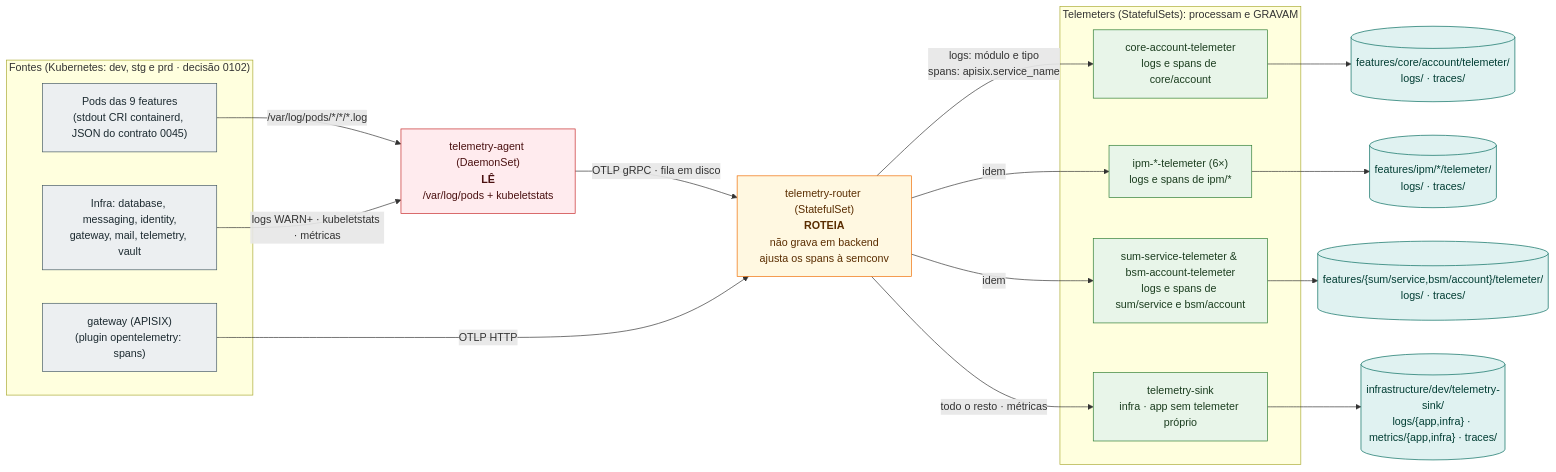
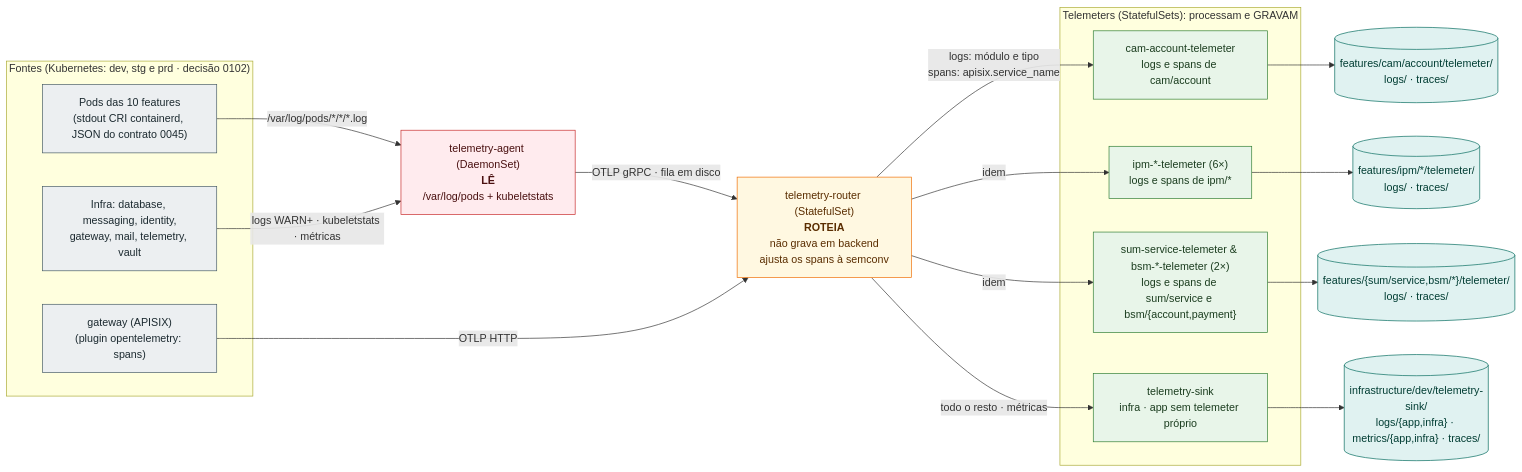
Before and after one commit to danielsabatini/smarkee: the diagram in docs/diagrams/observability-architecture.mmd, drawn with Mermaid. The commit also changed 44 other files, not shown here.

First line of the commit message:
docs: alinha documentacao ao modulo cam, 10 features e ao cluster Kubernetes

```diff
--- a/docs/diagrams/observability-architecture.mmd
+++ b/docs/diagrams/observability-architecture.mmd
@@ -1,40 +1,40 @@
 flowchart LR
     classDef src fill:#eceff1,stroke:#455a64,color:#1c2a30
     classDef read fill:#ffebee,stroke:#c62828,color:#4a1010
     classDef route fill:#fff8e1,stroke:#ef6c00,color:#5a2d00
     classDef write fill:#e8f5e9,stroke:#2e7d32,color:#1b3d1f
     classDef out fill:#e0f2f1,stroke:#00695c,color:#003d33
 
     subgraph FONTES["Fontes (Kubernetes: dev, stg e prd · decisão 0102)"]
-        APPS["Pods das 9 features<br/>(stdout CRI containerd, JSON do contrato 0045)"]:::src
+        APPS["Pods das 10 features<br/>(stdout CRI containerd, JSON do contrato 0045)"]:::src
         INFRA["Infra: database, messaging, identity,<br/>gateway, mail, telemetry, vault"]:::src
         APISIX["gateway (APISIX)<br/>(plugin opentelemetry: spans)"]:::src
     end
 
     AGENT["telemetry-agent (DaemonSet)<br/><b>LÊ</b><br/>/var/log/pods + kubeletstats"]:::read
     ROUTER["telemetry-router (StatefulSet)<br/><b>ROTEIA</b><br/>não grava em backend<br/>ajusta os spans à semconv"]:::route
 
     subgraph TELEMETERS["Telemeters (StatefulSets): processam e GRAVAM"]
-        CORE["core-account-telemeter<br/>logs e spans de core/account"]:::write
+        CAM["cam-account-telemeter<br/>logs e spans de cam/account"]:::write
         IPM["ipm-*-telemeter (6×)<br/>logs e spans de ipm/*"]:::write
-        SUM["sum-service-telemeter &amp; bsm-account-telemeter<br/>logs e spans de sum/service e bsm/account"]:::write
+        SUM["sum-service-telemeter &amp; bsm-*-telemeter (2×)<br/>logs e spans de sum/service e bsm/{account,payment}"]:::write
         SINK["telemetry-sink<br/>infra · app sem telemeter próprio"]:::write
     end
 
-    OUTCORE[("features/core/account/telemeter/<br/>logs/ · traces/")]:::out
+    OUTCAM[("features/cam/account/telemeter/<br/>logs/ · traces/")]:::out
     OUTIPM[("features/ipm/*/telemeter/<br/>logs/ · traces/")]:::out
-    OUTSUM[("features/{sum/service,bsm/account}/telemeter/<br/>logs/ · traces/")]:::out
+    OUTSUM[("features/{sum/service,bsm/*}/telemeter/<br/>logs/ · traces/")]:::out
     OUTSINK[("infrastructure/dev/telemetry-sink/<br/>logs/{app,infra} · metrics/{app,infra} · traces/")]:::out
 
     APPS -- "/var/log/pods/*/*/*.log" --> AGENT
     INFRA -- "logs WARN+ · kubeletstats · métricas" --> AGENT
     AGENT -- "OTLP gRPC · fila em disco" --> ROUTER
     APISIX -- "OTLP HTTP" --> ROUTER
-    ROUTER -- "logs: módulo e tipo<br/>spans: apisix.service_name" --> CORE
+    ROUTER -- "logs: módulo e tipo<br/>spans: apisix.service_name" --> CAM
     ROUTER -- "idem" --> IPM
     ROUTER -- "idem" --> SUM
     ROUTER -- "todo o resto · métricas" --> SINK
-    CORE --> OUTCORE
+    CAM --> OUTCAM
     IPM --> OUTIPM
     SUM --> OUTSUM
     SINK --> OUTSINK
```
